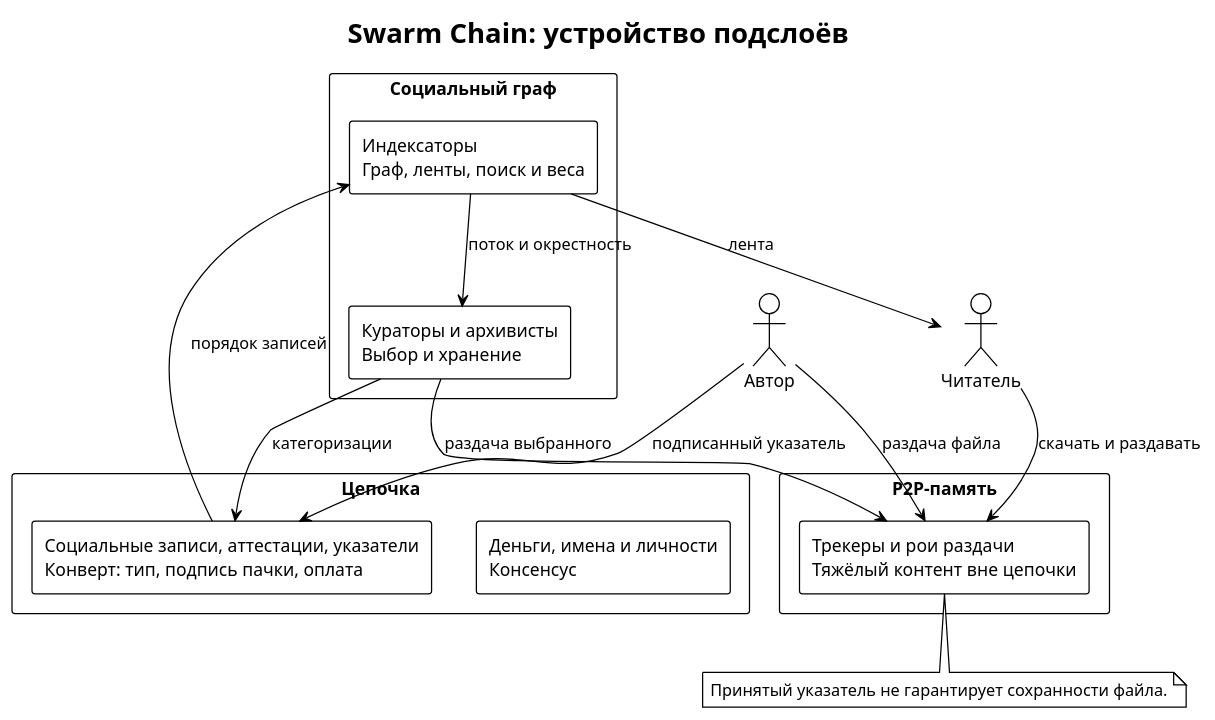
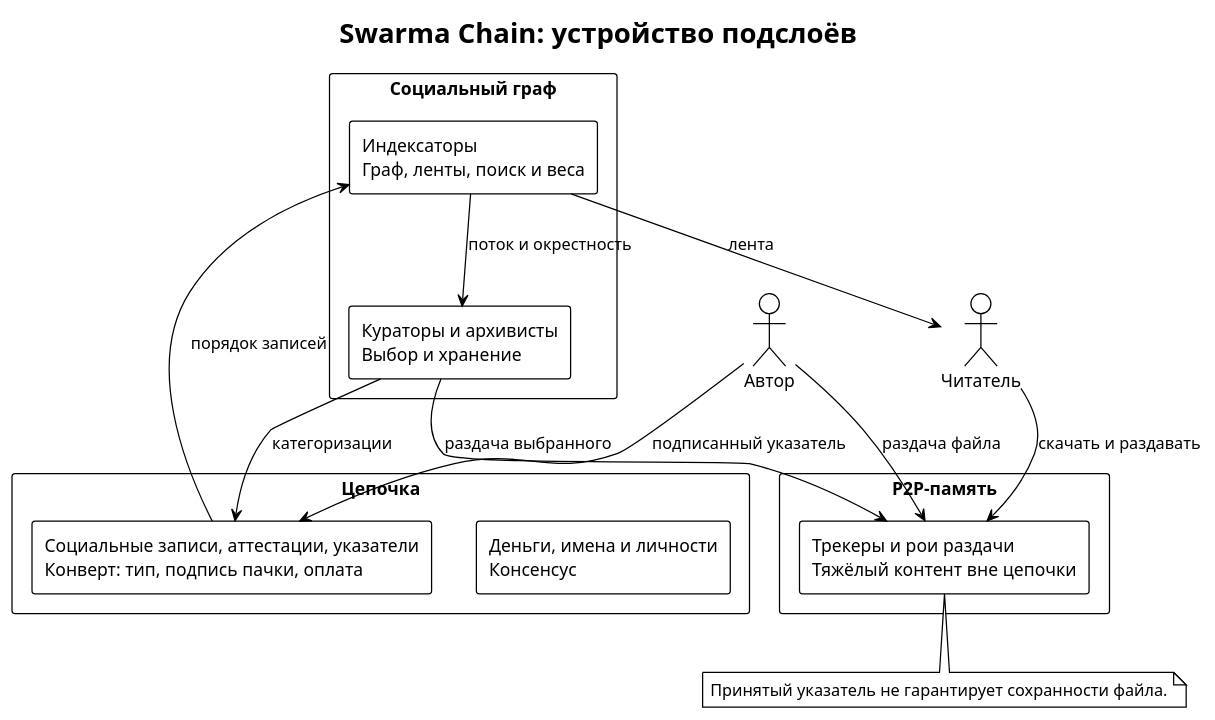
One commit to relux-works/swarma-docs changed the diagram in book/src/sublayers.puml. Above: the diagram before and after it, drawn with PlantUML. The commit also changed 61 other files, not shown here.

```diff
--- a/book/src/sublayers.puml
+++ b/book/src/sublayers.puml
@@ -1,31 +1,31 @@
 @startuml sublayers
 !theme plain
 skinparam defaultFontName "PT Sans"
 skinparam shadowing false
 skinparam packageStyle rectangle
-title Swarm Chain: устройство подслоёв
+title Swarma Chain: устройство подслоёв
 actor "Автор" as A
 actor "Читатель" as V
 package "Цепочка" {
   rectangle "Деньги, имена и личности\nКонсенсус" as CONS
   rectangle "Социальные записи, аттестации, указатели\nКонверт: тип, подпись пачки, оплата" as SOC
 }
 package "Социальный граф" {
   rectangle "Индексаторы\nГраф, ленты, поиск и веса" as I
   rectangle "Кураторы и архивисты\nВыбор и хранение" as K
 }
 package "P2P-память" {
   rectangle "Трекеры и рои раздачи\nТяжёлый контент вне цепочки" as P
 }
 A --> SOC : подписанный указатель
 A --> P : раздача файла
 SOC --> I : порядок записей
 I --> V : лента
 I --> K : поток и окрестность
 K --> SOC : категоризации
 K --> P : раздача выбранного
 V --> P : скачать и раздавать
 note bottom of P
   Принятый указатель не гарантирует сохранности файла.
 end note
 @enduml
```
